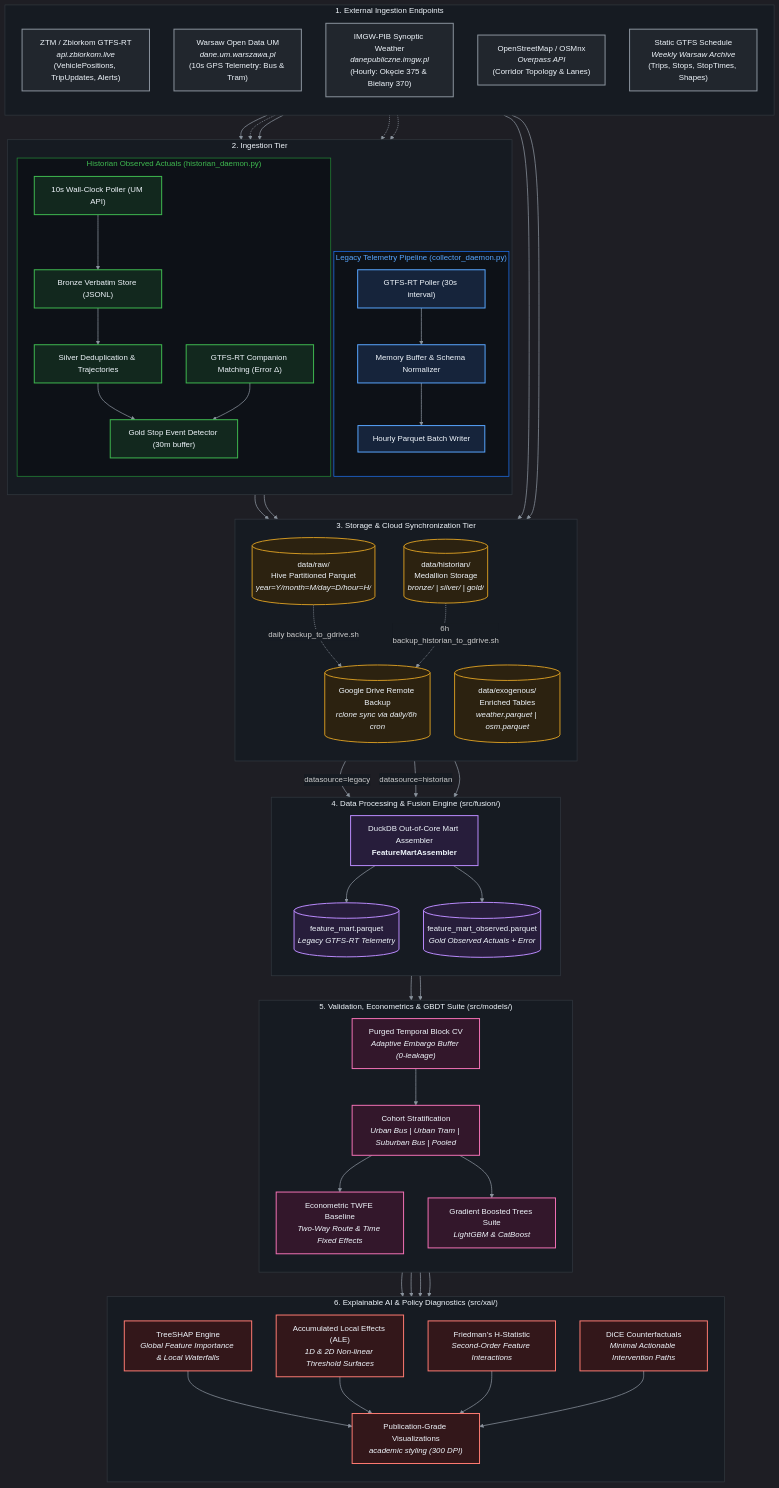
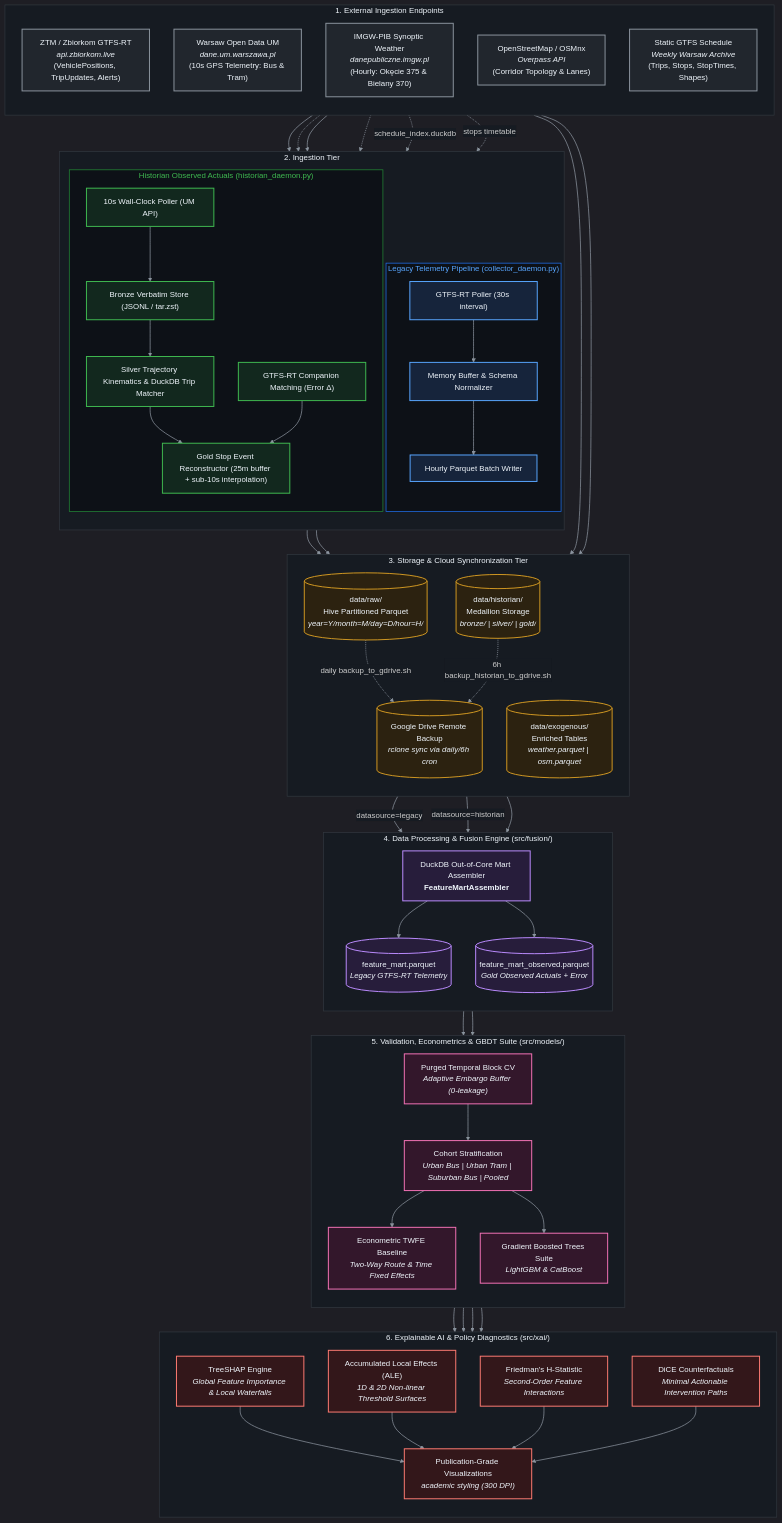
Before and after one commit to giangh14cqt/warsaw-public-transport-monitor: the first of 3 diagrams in architect/README.md, drawn with Mermaid. The commit also changed other lines of this file and 6 other files, not shown here.

Commit message:
docs(architect): document database matching for historian from raw data to gold and gold to mat matrix

```diff
--- a/architect/README.md
+++ b/architect/README.md
@@ -48,9 +48,9 @@
         end
         subgraph HistorianPipeline ["Historian Observed Actuals (historian_daemon.py)"]
             H1["10s Wall-Clock Poller (UM API)"]
-            H2["Bronze Verbatim Store (JSONL)"]
-            H3["Silver Deduplication & Trajectories"]
-            H4["Gold Stop Event Detector (30m buffer)"]
+            H2["Bronze Verbatim Store (JSONL / tar.zst)"]
+            H3["Silver Trajectory Kinematics & DuckDB Trip Matcher"]
+            H4["Gold Stop Event Reconstructor (25m buffer + sub-10s interpolation)"]
             H5["GTFS-RT Companion Matching (Error Δ)"]
         end
     end
@@ -101,7 +101,8 @@
     H1 --> H2 --> H3 --> H4
     H5 --> H4
     H4 --> D_Hist
-    S5 -.-> H4
+    S5 -.->|schedule_index.duckdb| H3
+    S5 -.->|stops timetable| H4
 
     S3 --> D_Exo
     S4 --> D_Exo
```
